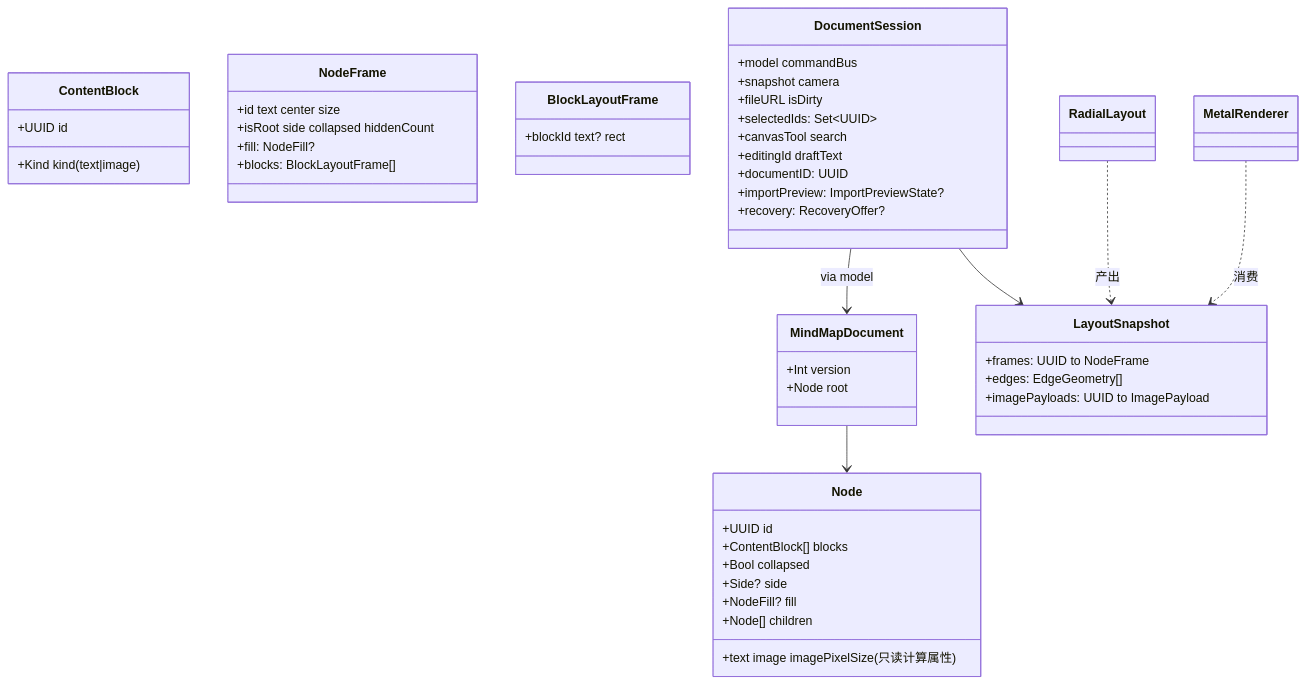
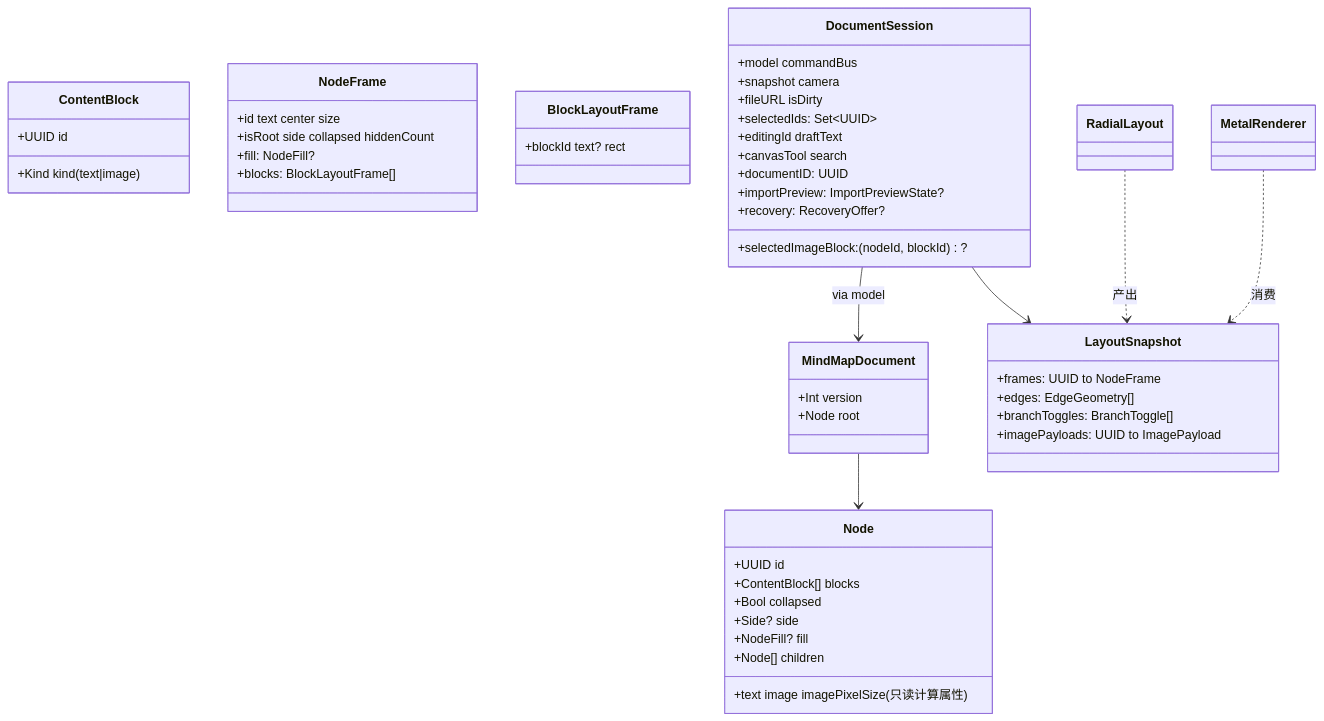
One commit to LieonShelly/Linva changed the fourth of 6 diagrams in docs/架构现状.md. Above: the diagram before and after it, drawn with Mermaid. The commit also changed other lines of this file, not shown here.

````diff
--- a/docs/架构现状.md
+++ b/docs/架构现状.md
@@ -185,50 +222,52 @@
 ```mermaid
 classDiagram
   class MindMapDocument {
     +Int version
     +Node root
   }
   class Node {
     +UUID id
     +ContentBlock[] blocks
     +Bool collapsed
     +Side? side
     +NodeFill? fill
     +Node[] children
     +text image imagePixelSize (只读计算属性)
   }
   class ContentBlock {
     +UUID id
     +Kind kind (text|image)
   }
   class LayoutSnapshot {
     +frames: UUID to NodeFrame
     +edges: EdgeGeometry[]
+    +branchToggles: BranchToggle[]
     +imagePayloads: UUID to ImagePayload
   }
   class NodeFrame {
     +id text center size
     +isRoot side collapsed hiddenCount
     +fill: NodeFill?
     +blocks: BlockLayoutFrame[]
   }
   class BlockLayoutFrame {
     +blockId text? rect
   }
   class DocumentSession {
     +model commandBus
     +snapshot camera
     +fileURL isDirty
     +selectedIds: Set~UUID~
+    +editingId draftText
+    +selectedImageBlock: (nodeId, blockId)?
     +canvasTool search
-    +editingId draftText
     +documentID: UUID
     +importPreview: ImportPreviewState?
     +recovery: RecoveryOffer?
   }
   MindMapDocument --> Node
   DocumentSession --> MindMapDocument : via model
   DocumentSession --> LayoutSnapshot
   RadialLayout ..> LayoutSnapshot : 产出
   MetalRenderer ..> LayoutSnapshot : 消费
 ```
````
